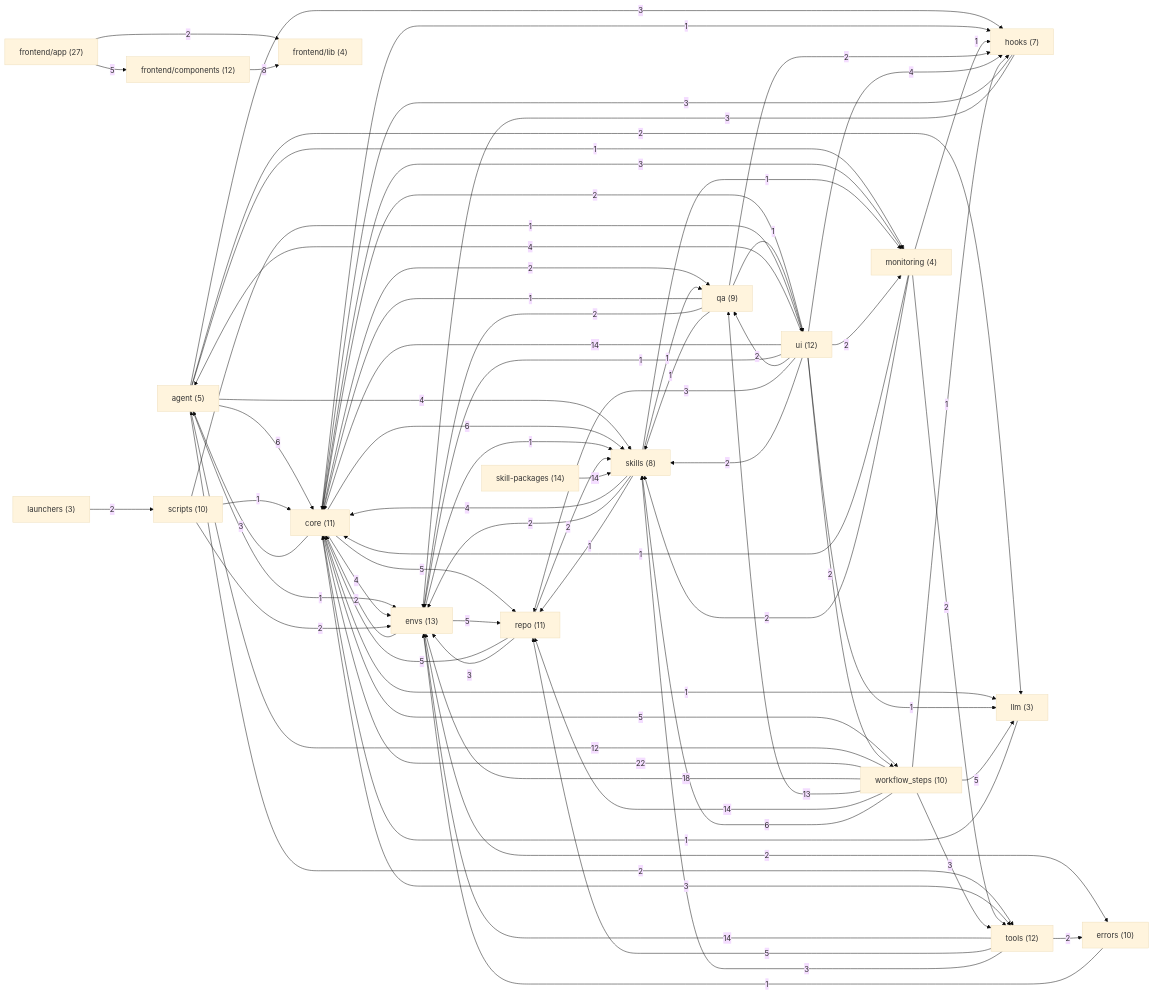
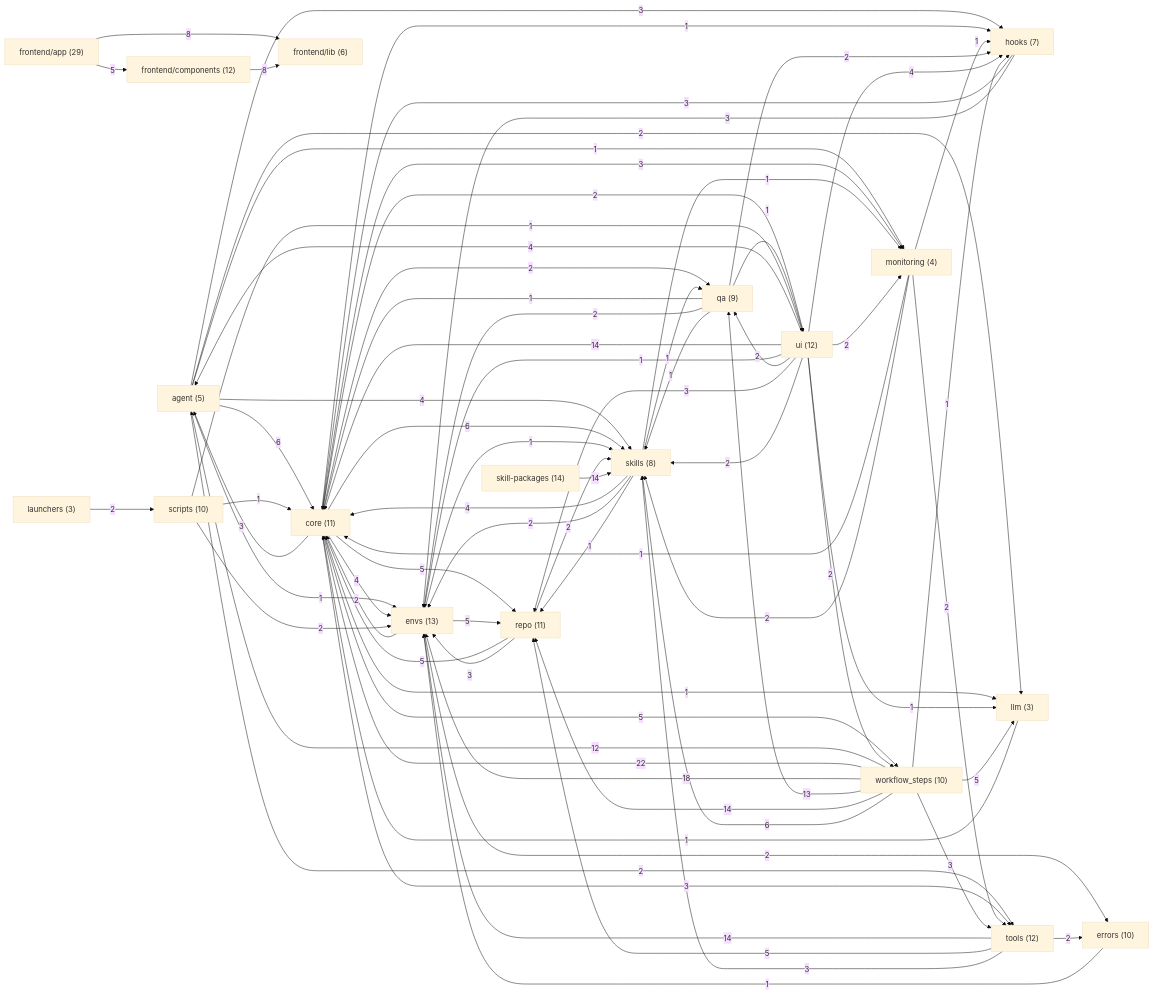
One commit to sarveshtalele/maf-harness-testing changed the second of 21 diagrams in docs/ARCHITECTURE_MAP.md. Above: the diagram before and after it, drawn with Mermaid (base theme). The commit also changed other lines of this file and 13 other files, not shown here.

```diff
--- a/docs/ARCHITECTURE_MAP.md
+++ b/docs/ARCHITECTURE_MAP.md
@@ -63,9 +63,9 @@
   g1["core (11)"]
   g2["envs (13)"]
   g3["errors (10)"]
-  g4["frontend/app (27)"]
+  g4["frontend/app (29)"]
   g5["frontend/components (12)"]
-  g6["frontend/lib (4)"]
+  g6["frontend/lib (6)"]
   g7["hooks (7)"]
   g8["launchers (3)"]
   g9["llm (3)"]
@@ -102,7 +102,7 @@
   g2 -->|1| g15
   g3 -->|1| g2
   g4 -->|5| g5
-  g4 -->|2| g6
+  g4 -->|8| g6
   g5 -->|8| g6
   g7 -->|3| g1
   g7 -->|3| g2
```
